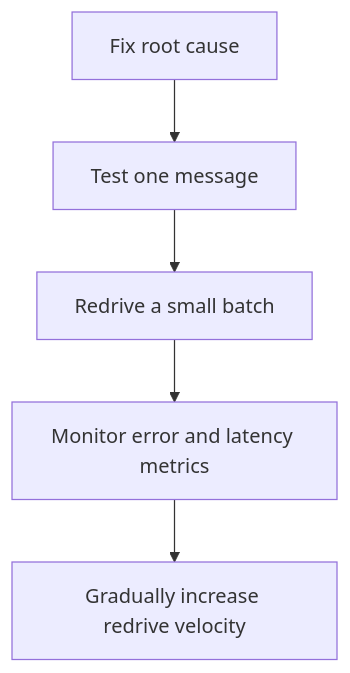
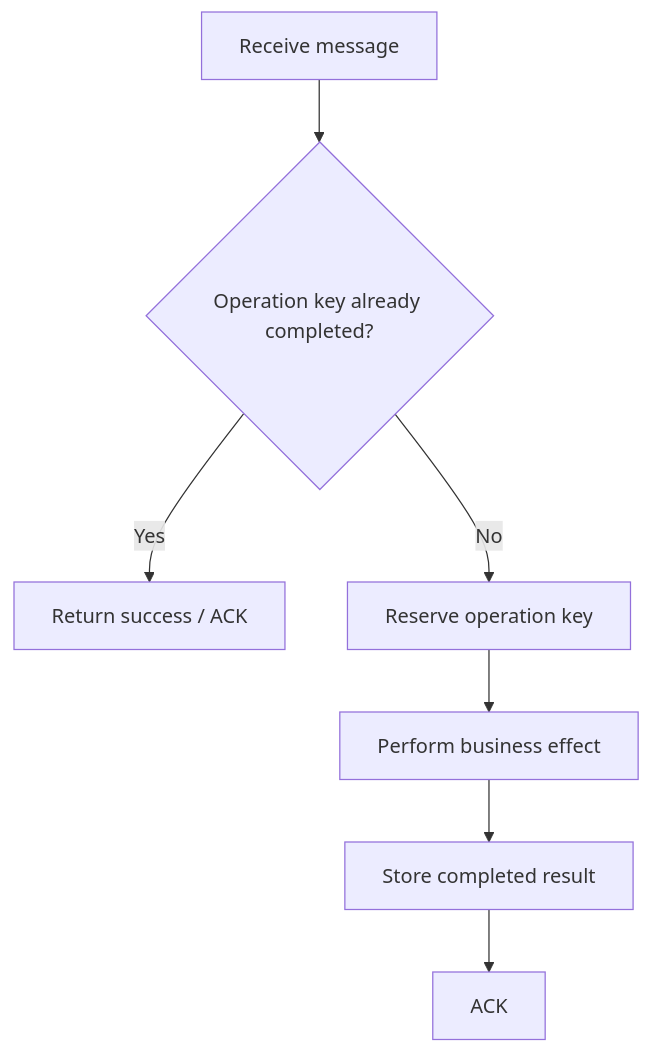
Before and after one commit to AvadhBhalodiya/Interview-Preparation: the fourth of 7 diagrams in src/content/task-processing/retries-dead-letter-queues.md, drawn with Mermaid. The commit also changed other lines of this file and 80 other files, not shown here.

````diff
--- a/src/content/task-processing/retries-dead-letter-queues.md
+++ b/src/content/task-processing/retries-dead-letter-queues.md
@@ -994,7 +415,10 @@
 ```mermaid
 flowchart TD
-    A[Fix root cause] --> B[Test one message]
-    B --> C[Redrive a small batch]
-    C --> D[Monitor error and latency metrics]
-    D --> E[Gradually increase redrive velocity]
+    A[Receive message] --> B{Operation key already completed?}
+
+    B -->|Yes| C[Return success / ACK]
+    B -->|No| D[Reserve operation key]
+    D --> E[Perform business effect]
+    E --> F[Store completed result]
+    F --> G[ACK]
 ```
````
